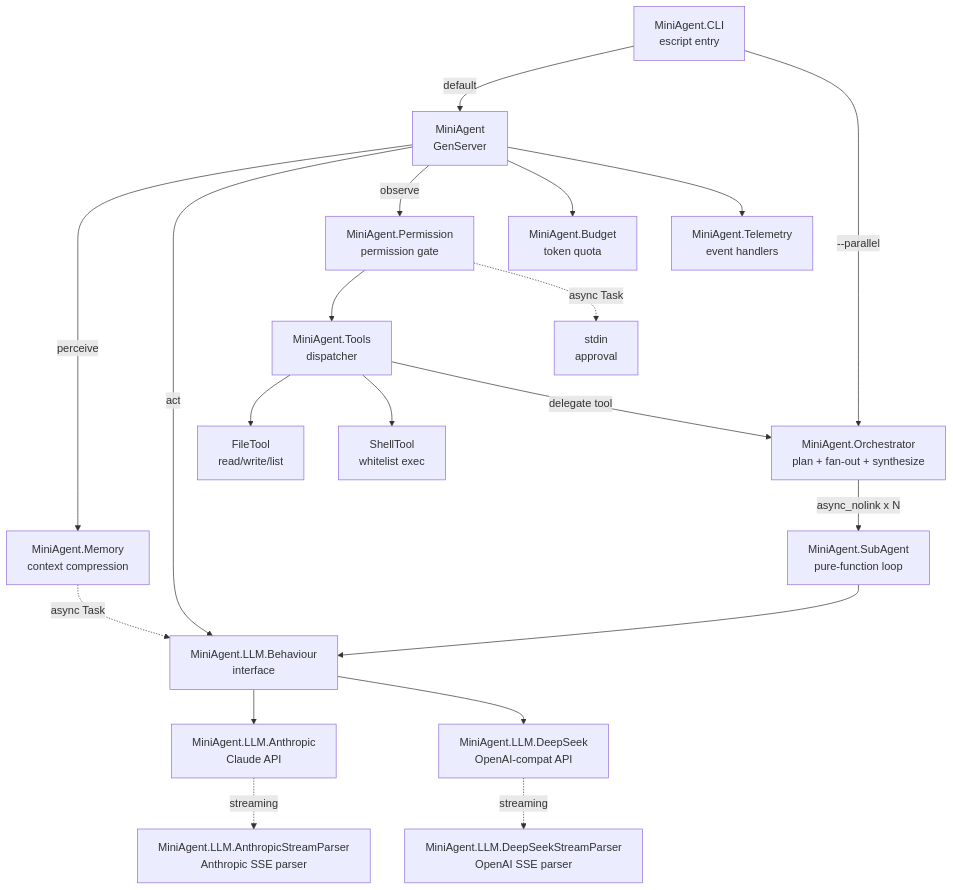
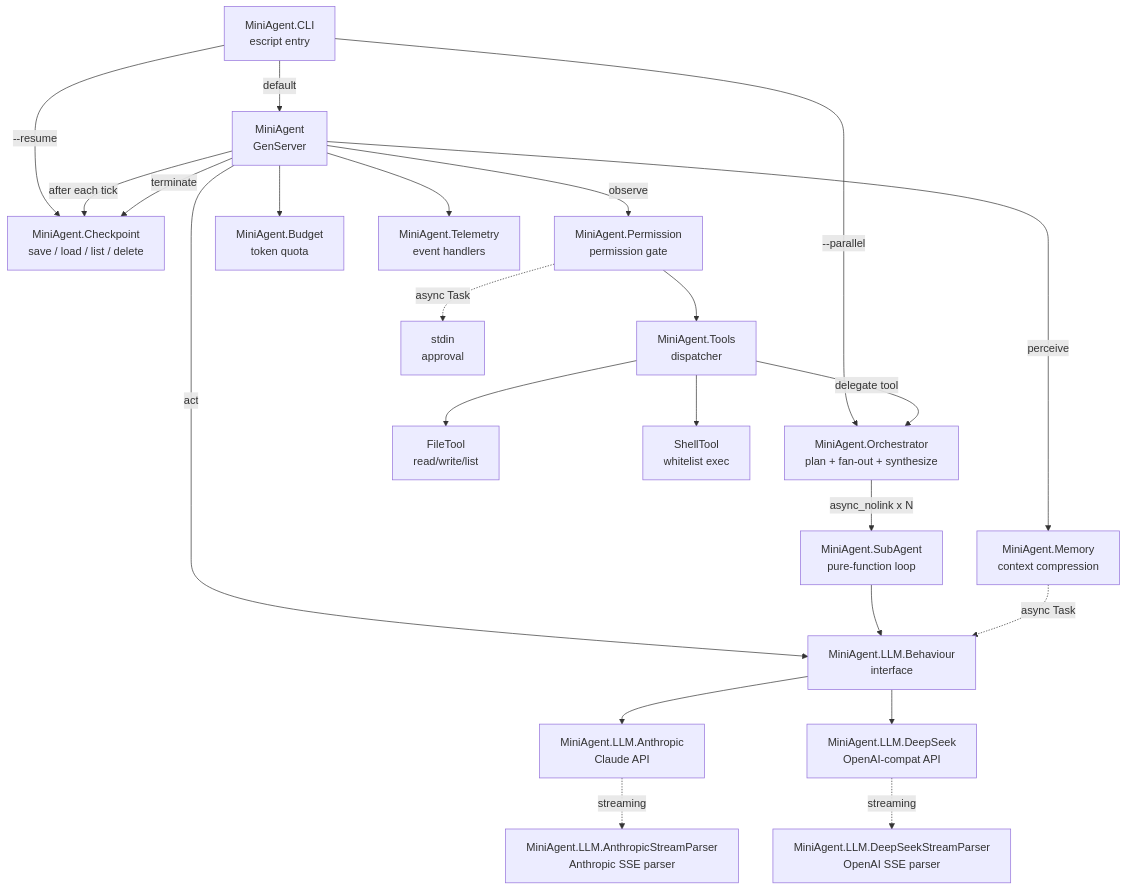
The first of 2 diagrams in README.md (brianpht/mini_agent), drawn with Mermaid before and after one commit. The commit also changed other lines of this file and 2 other files, not shown here.

Commit message:
feat: add checkpoint and resume functionality with autosave support

````diff
--- a/README.md
+++ b/README.md
@@ -24,22 +26,25 @@
 ```mermaid
 flowchart TD
     CLI["MiniAgent.CLI\nescript entry"] -->|default| GS["MiniAgent\nGenServer"]
     CLI -->|--parallel| ORC["MiniAgent.Orchestrator\nplan + fan-out + synthesize"]
+    CLI -->|--resume| CKP["MiniAgent.Checkpoint\nsave / load / list / delete"]
     GS -->|perceive| MEM["MiniAgent.Memory\ncontext compression"]
     GS -->|act| BEH["MiniAgent.LLM.Behaviour\ninterface"]
     BEH --> ANT["MiniAgent.LLM.Anthropic\nClaude API"]
     BEH --> DS["MiniAgent.LLM.DeepSeek\nOpenAI-compat API"]
     ANT -.->|streaming| ASP["MiniAgent.LLM.AnthropicStreamParser\nAnthropic SSE parser"]
     DS -.->|streaming| DSP["MiniAgent.LLM.DeepSeekStreamParser\nOpenAI SSE parser"]
     GS -->|observe| PERM["MiniAgent.Permission\npermission gate"]
     PERM --> TOOLS["MiniAgent.Tools\ndispatcher"]
     TOOLS --> FT["FileTool\nread/write/list"]
     TOOLS --> ST["ShellTool\nwhitelist exec"]
     TOOLS -->|delegate tool| ORC
     ORC -->|async_nolink x N| SUB["MiniAgent.SubAgent\npure-function loop"]
     SUB --> BEH
+    GS -->|after each tick| CKP
+    GS -->|terminate| CKP
     GS --> BUD["MiniAgent.Budget\ntoken quota"]
     GS --> TEL["MiniAgent.Telemetry\nevent handlers"]
     MEM -.->|async Task| BEH
     PERM -.->|async Task| IO["stdin\napproval"]
 ```
````
